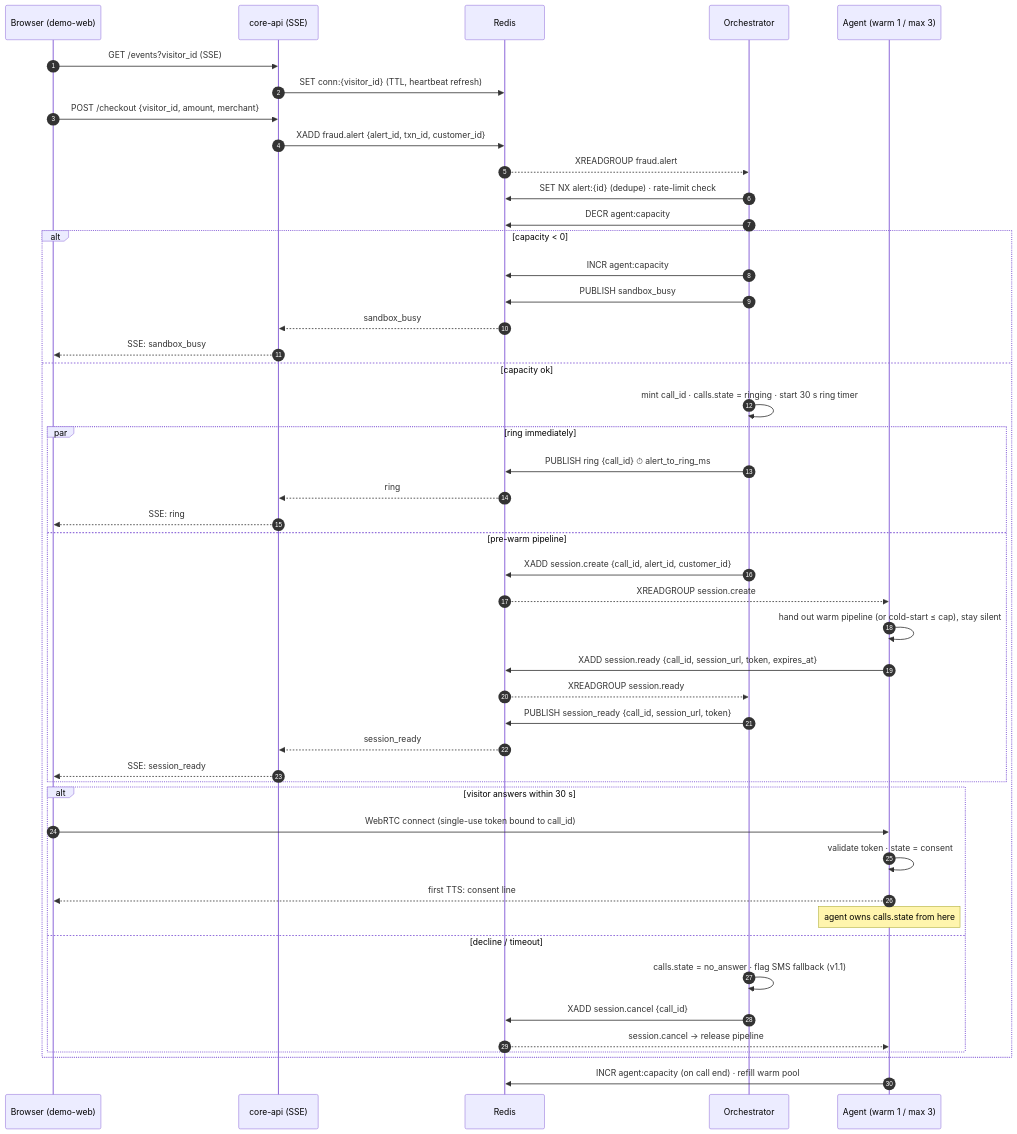
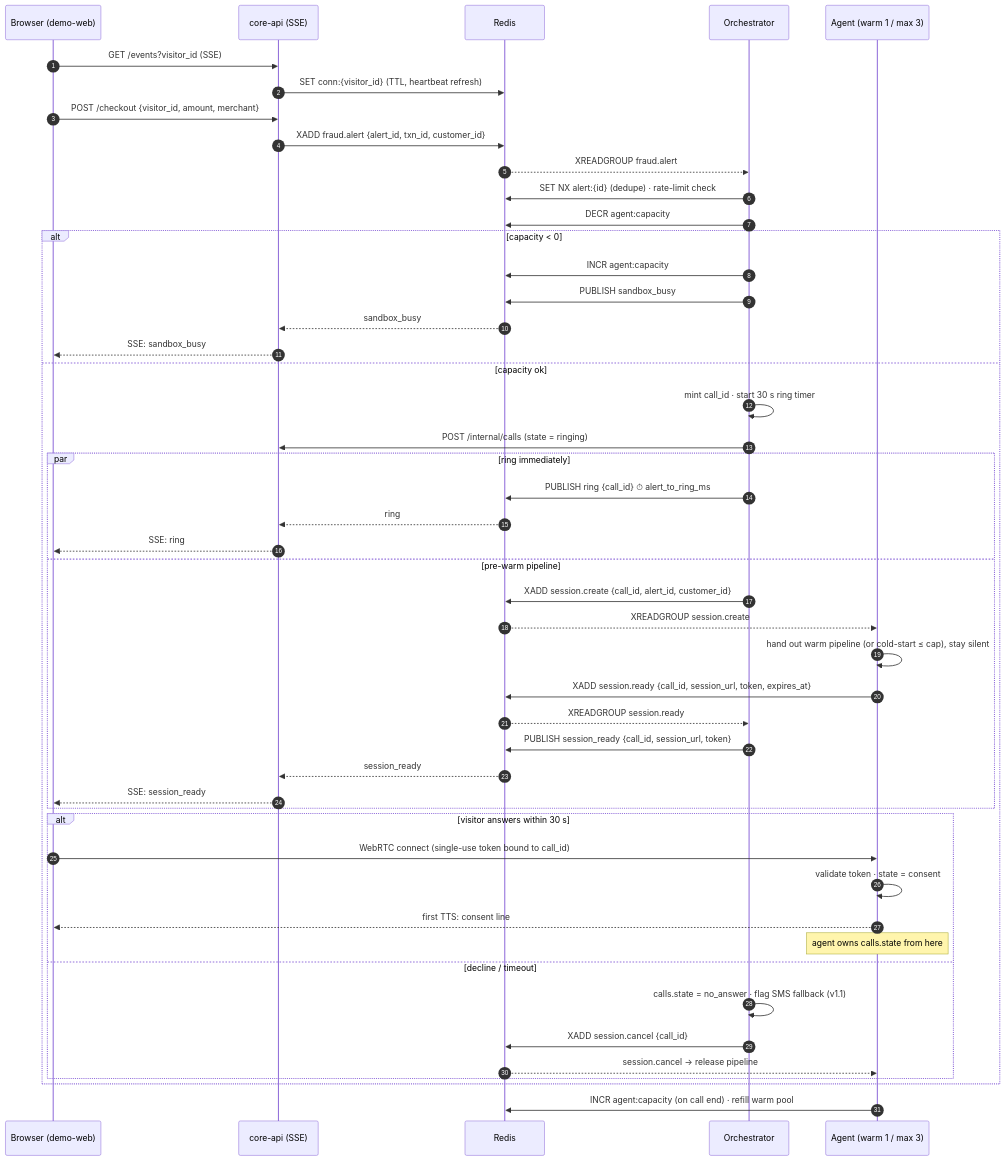
The second of 5 diagrams in docs/ARCHITECTURE.md (yaksh1/Sentinel-Voice-AI-Fraud-Detection), drawn with Mermaid before and after one commit. The commit also changed other lines of this file and 4 other files, not shown here.

First line of the commit message:
docs: calls row is written through core-api, not directly

````diff
--- a/docs/ARCHITECTURE.md
+++ b/docs/ARCHITECTURE.md
@@ -150,50 +150,51 @@
 ```mermaid
 sequenceDiagram
     autonumber
     participant B as Browser (demo-web)
     participant API as core-api (SSE)
     participant R as Redis
     participant O as Orchestrator
     participant A as Agent (warm 1 / max 3)
 
     B->>API: GET /events?visitor_id (SSE)
     API->>R: SET conn:{visitor_id} (TTL, heartbeat refresh)
     B->>API: POST /checkout {visitor_id, amount, merchant}
     API->>R: XADD fraud.alert {alert_id, txn_id, customer_id}
     R-->>O: XREADGROUP fraud.alert
     O->>R: SET NX alert:{id} (dedupe) · rate-limit check
     O->>R: DECR agent:capacity
     alt capacity < 0
         O->>R: INCR agent:capacity
         O->>R: PUBLISH sandbox_busy
         R-->>API: sandbox_busy
         API-->>B: SSE: sandbox_busy
     else capacity ok
-        O->>O: mint call_id · calls.state = ringing · start 30 s ring timer
+        O->>O: mint call_id · start 30 s ring timer
+        O->>API: POST /internal/calls (state = ringing)
         par ring immediately
             O->>R: PUBLISH ring {call_id}  ⏱ alert_to_ring_ms
             R-->>API: ring
             API-->>B: SSE: ring
         and pre-warm pipeline
             O->>R: XADD session.create {call_id, alert_id, customer_id}
             R-->>A: XREADGROUP session.create
             A->>A: hand out warm pipeline (or cold-start ≤ cap), stay silent
             A->>R: XADD session.ready {call_id, session_url, token, expires_at}
             R-->>O: XREADGROUP session.ready
             O->>R: PUBLISH session_ready {call_id, session_url, token}
             R-->>API: session_ready
             API-->>B: SSE: session_ready
         end
         alt visitor answers within 30 s
             B->>A: WebRTC connect (single-use token bound to call_id)
             A->>A: validate token · state = consent
             A-->>B: first TTS: consent line
             Note over A: agent owns calls.state from here
         else decline / timeout
             O->>O: calls.state = no_answer · flag SMS fallback (v1.1)
             O->>R: XADD session.cancel {call_id}
             R-->>A: session.cancel → release pipeline
         end
     end
     A->>R: INCR agent:capacity (on call end) · refill warm pool
 ```
````
